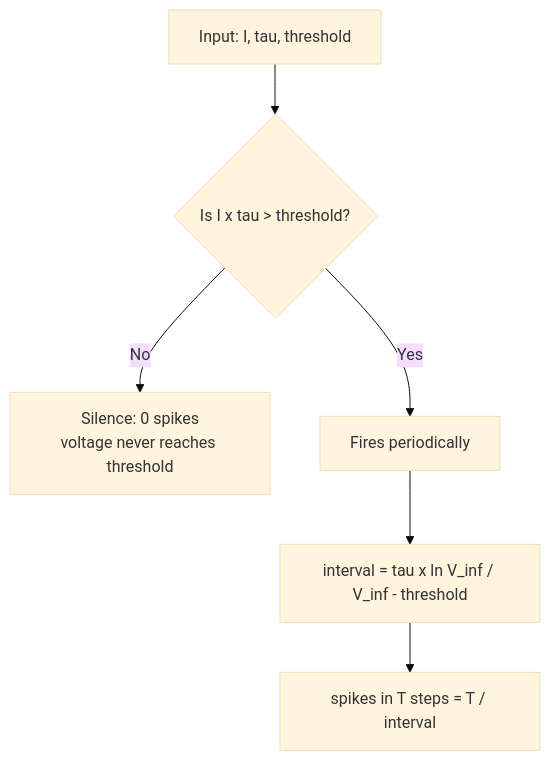
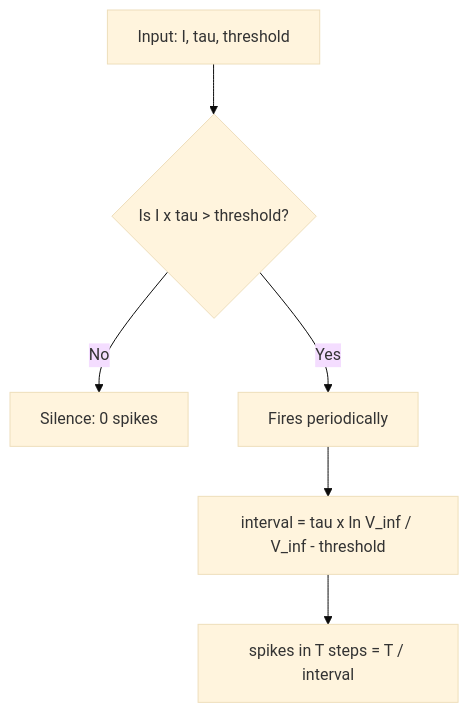
The diagram in experiment-one/experiment-1-notes.md (rishavghosh605/snn-experiment-lab), drawn with Mermaid (base theme) before and after one commit. The commit also changed other lines of this file and 5 other files, not shown here.

````diff
--- a/experiment-one/experiment-1-notes.md
+++ b/experiment-one/experiment-1-notes.md
@@ -50,8 +43,8 @@
 ```mermaid
 flowchart TD
     A[Input: I, tau, threshold] --> B{Is I x tau &gt; threshold?}
-    B -- No --> C[Silence: 0 spikes<br/>voltage never reaches threshold]
+    B -- No --> C[Silence: 0 spikes]
     B -- Yes --> D[Fires periodically]
     D --> E[interval = tau x ln V_inf / V_inf - threshold]
     E --> F[spikes in T steps = T / interval]
 ```
````
